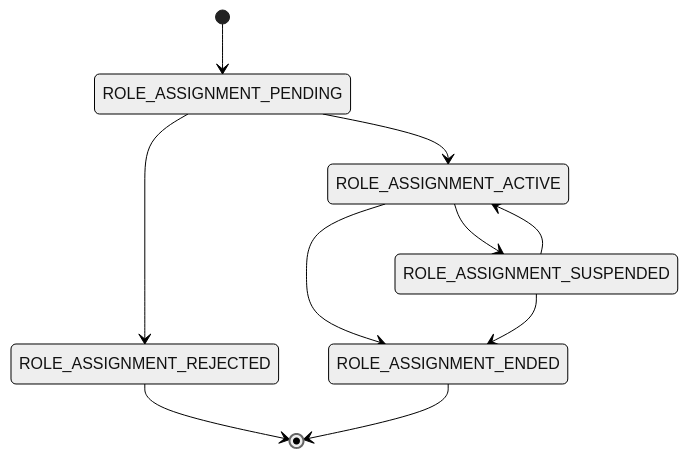
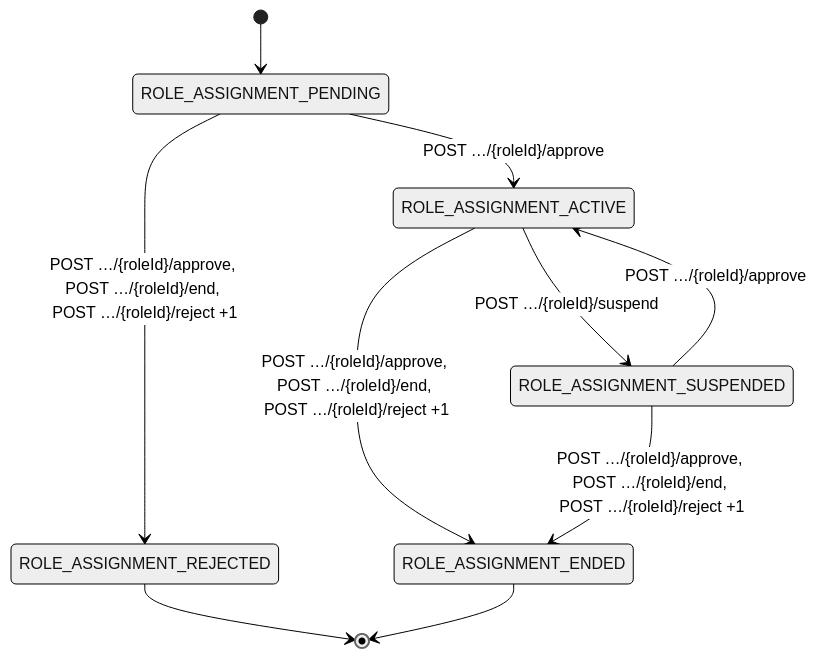
One commit to mdavila-2001/mantra-core-health-api changed the third of 24 diagrams in docs/inventario/flujos/practice.md. Above: the diagram before and after it, drawn with Mermaid (neutral theme). The commit also changed 9 other files, not shown here.

````diff
--- a/docs/inventario/flujos/practice.md
+++ b/docs/inventario/flujos/practice.md
@@ -253,12 +253,12 @@
 ```mermaid
 stateDiagram-v2
   [*] --> ROLE_ASSIGNMENT_PENDING
-  ROLE_ASSIGNMENT_PENDING --> ROLE_ASSIGNMENT_ACTIVE
-  ROLE_ASSIGNMENT_PENDING --> ROLE_ASSIGNMENT_REJECTED
-  ROLE_ASSIGNMENT_ACTIVE --> ROLE_ASSIGNMENT_SUSPENDED
-  ROLE_ASSIGNMENT_ACTIVE --> ROLE_ASSIGNMENT_ENDED
-  ROLE_ASSIGNMENT_SUSPENDED --> ROLE_ASSIGNMENT_ACTIVE
-  ROLE_ASSIGNMENT_SUSPENDED --> ROLE_ASSIGNMENT_ENDED
+  ROLE_ASSIGNMENT_PENDING --> ROLE_ASSIGNMENT_ACTIVE : POST …/{roleId}/approve
+  ROLE_ASSIGNMENT_PENDING --> ROLE_ASSIGNMENT_REJECTED : POST …/{roleId}/approve, POST …/{roleId}/end, POST …/{roleId}/reject +1
+  ROLE_ASSIGNMENT_ACTIVE --> ROLE_ASSIGNMENT_SUSPENDED : POST …/{roleId}/suspend
+  ROLE_ASSIGNMENT_ACTIVE --> ROLE_ASSIGNMENT_ENDED : POST …/{roleId}/approve, POST …/{roleId}/end, POST …/{roleId}/reject +1
+  ROLE_ASSIGNMENT_SUSPENDED --> ROLE_ASSIGNMENT_ACTIVE : POST …/{roleId}/approve
+  ROLE_ASSIGNMENT_SUSPENDED --> ROLE_ASSIGNMENT_ENDED : POST …/{roleId}/approve, POST …/{roleId}/end, POST …/{roleId}/reject +1
   ROLE_ASSIGNMENT_REJECTED --> [*]
   ROLE_ASSIGNMENT_ENDED --> [*]
 ```
````
